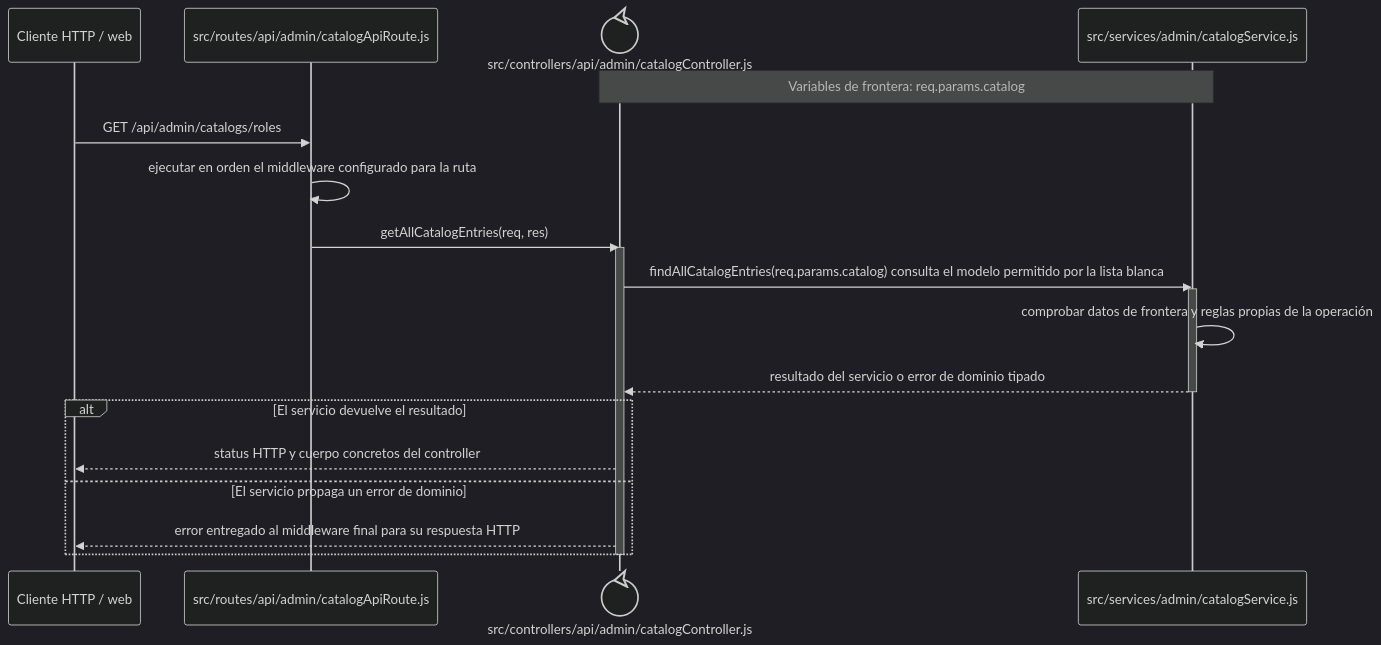
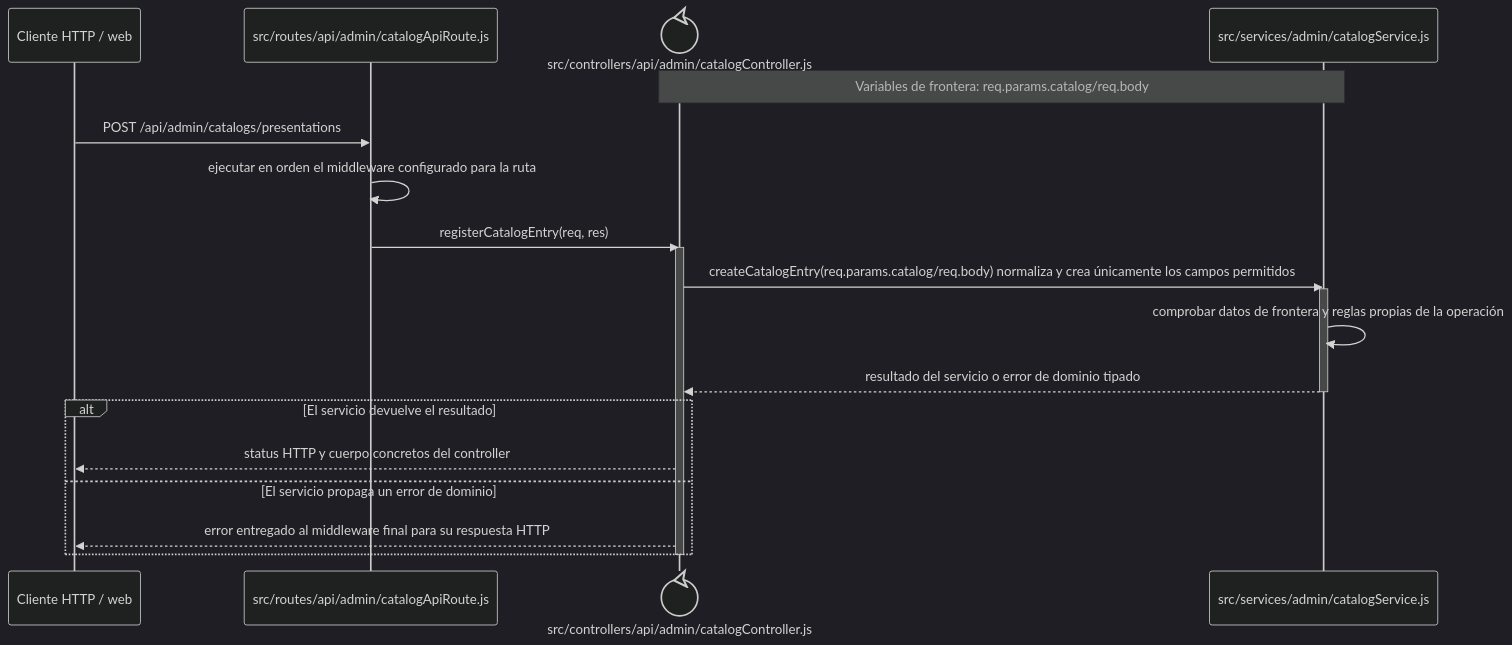
One commit to gpgsistemas01/nexus changed the diagram in docs/architecture/backend-code-sequences/catalogs/cu-cat-34.md. Above: the diagram before and after it, drawn with Mermaid (dark theme). The commit also changed other lines of this file and 126 other files, not shown here.

````diff
--- a/docs/architecture/backend-code-sequences/catalogs/cu-cat-34.md
+++ b/docs/architecture/backend-code-sequences/catalogs/cu-cat-34.md
@@ -6,24 +6,24 @@
 ```mermaid
 sequenceDiagram
     participant Client as Cliente HTTP / web
     participant Route as src/routes/api/admin/catalogApiRoute.js
     participant Controller@{ "type": "control" } as src/controllers/api/admin/catalogController.js
     participant Domain as src/services/admin/catalogService.js
-    Note over Controller,Domain: Variables de frontera: req.params.catalog
+    Note over Controller,Domain: Variables de frontera: req.params.catalog/req.body
 
-    Client->>Route: GET /api/admin/catalogs/roles
+    Client->>Route: POST /api/admin/catalogs/presentations
     Route->>Route: ejecutar en orden el middleware configurado para la ruta
-    Route->>Controller: getAllCatalogEntries(req, res)
+    Route->>Controller: registerCatalogEntry(req, res)
     activate Controller
-    Controller->>Domain: findAllCatalogEntries(req.params.catalog) consulta el modelo permitido por la lista blanca
+    Controller->>Domain: createCatalogEntry(req.params.catalog/req.body) normaliza y crea únicamente los campos permitidos
     activate Domain
     Domain->>Domain: comprobar datos de frontera y reglas propias de la operación
     Domain-->>Controller: resultado del servicio o error de dominio tipado
     deactivate Domain
     alt El servicio devuelve el resultado
         Controller-->>Client: status HTTP y cuerpo concretos del controller
     else El servicio propaga un error de dominio
         Controller-->>Client: error entregado al middleware final para su respuesta HTTP
     end
     deactivate Controller
 ```
````
